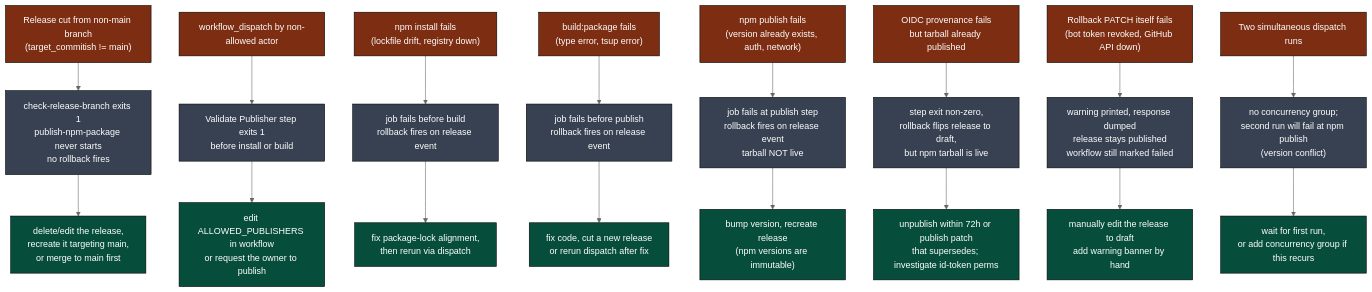
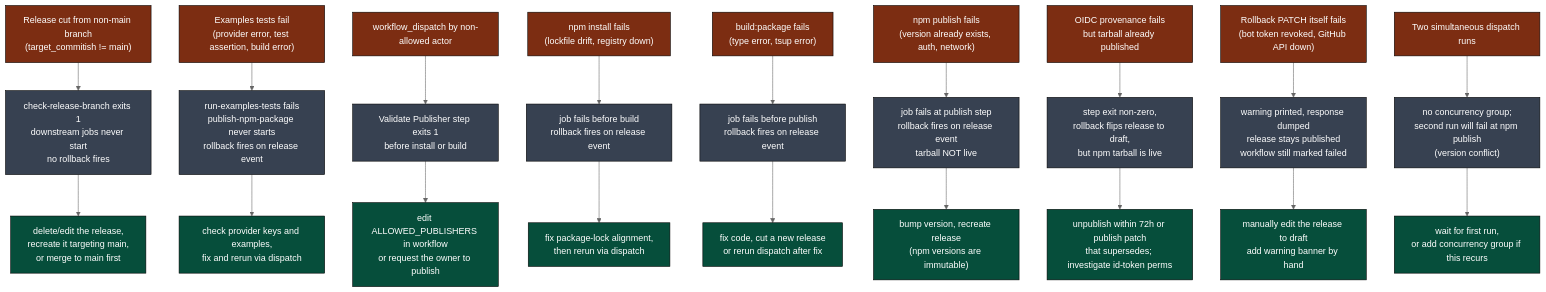
Diagram 11 of 12 in .github/docs/PUBLISH_RELEASE_DEEP_DIVE.md (gregreindel/llm-exe), drawn with Mermaid (neutral theme) before and after one commit. The commit also changed other lines of this file and 2 other files, not shown here.

First line of the commit message:
docs: sync PUBLISH_RELEASE_DEEP_DIVE after publish-release.yml restructure

````diff
--- a/.github/docs/PUBLISH_RELEASE_DEEP_DIVE.md
+++ b/.github/docs/PUBLISH_RELEASE_DEEP_DIVE.md
@@ -438,45 +499,49 @@
 ```mermaid
 flowchart TB
     classDef fail fill:#7c2d12,color:#fff,stroke:#000
     classDef effect fill:#374151,color:#fff,stroke:#000
     classDef fix fill:#064e3b,color:#fff,stroke:#000
 
     F1["Release cut from non-main branch\n(target_commitish != main)"]:::fail
-    F1 --> F1E["check-release-branch exits 1\npublish-npm-package never starts\nno rollback fires"]:::effect
+    F1 --> F1E["check-release-branch exits 1\ndownstream jobs never start\nno rollback fires"]:::effect
     F1E --> F1X["delete/edit the release,\nrecreate it targeting main,\nor merge to main first"]:::fix
+
+    F1b["Examples tests fail\n(provider error, test assertion, build error)"]:::fail
+    F1b --> F1bE["run-examples-tests fails\npublish-npm-package never starts\nrollback fires on release event"]:::effect
+    F1bE --> F1bX["check provider keys and examples,\nfix and rerun via dispatch"]:::fix
 
     F2["workflow_dispatch by non-allowed actor"]:::fail
     F2 --> F2E["Validate Publisher step exits 1\nbefore install or build"]:::effect
     F2X["edit ALLOWED_PUBLISHERS in workflow\nor request the owner to publish"]:::fix
     F2E --> F2X
 
     F3["npm install fails\n(lockfile drift, registry down)"]:::fail
     F3 --> F3E["job fails before build\nrollback fires on release event"]:::effect
     F3X["fix package-lock alignment,\nthen rerun via dispatch"]:::fix
     F3E --> F3X
 
     F4["build:package fails\n(type error, tsup error)"]:::fail
     F4 --> F4E["job fails before publish\nrollback fires on release event"]:::effect
     F4X["fix code, cut a new release\nor rerun dispatch after fix"]:::fix
     F4E --> F4X
 
     F5["npm publish fails\n(version already exists, auth, network)"]:::fail
     F5 --> F5E["job fails at publish step\nrollback fires on release event\ntarball NOT live"]:::effect
     F5X["bump version, recreate release\n(npm versions are immutable)"]:::fix
     F5E --> F5X
 
     F6["OIDC provenance fails\nbut tarball already published"]:::fail
     F6 --> F6E["step exit non-zero,\nrollback flips release to draft,\nbut npm tarball is live"]:::effect
     F6X["unpublish within 72h or publish patch\nthat supersedes; investigate id-token perms"]:::fix
     F6E --> F6X
 
     F7["Rollback PATCH itself fails\n(bot token revoked, GitHub API down)"]:::fail
     F7 --> F7E["warning printed, response dumped\nrelease stays published\nworkflow still marked failed"]:::effect
     F7X["manually edit the release to draft\nadd warning banner by hand"]:::fix
     F7E --> F7X
 
     F8["Two simultaneous dispatch runs"]:::fail
     F8 --> F8E["no concurrency group;\nsecond run will fail at npm publish\n(version conflict)"]:::effect
     F8X["wait for first run,\nor add concurrency group if this recurs"]:::fix
     F8E --> F8X
 ```
````
